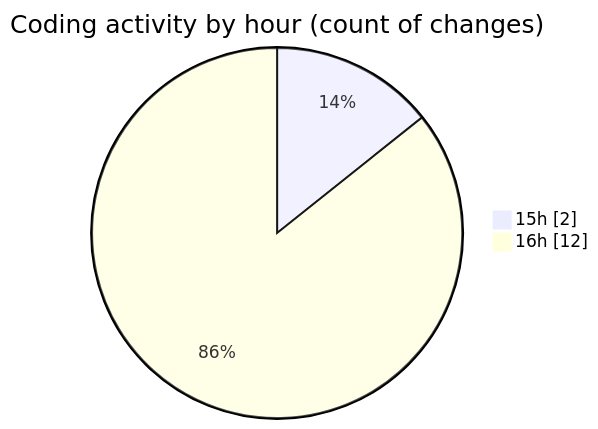
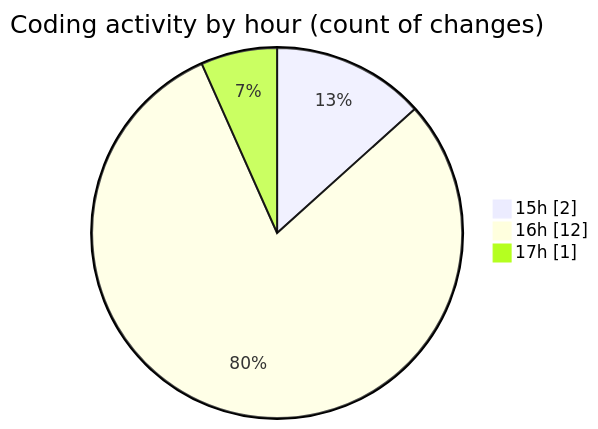
Before and after one commit to donsfak/code-tracking: the second of 2 diagrams in 2025-10-19/weather_insights_app/README.md, drawn with Mermaid. The commit also changed other lines of this file and 1 other file, not shown here.

````diff
--- a/2025-10-19/weather_insights_app/README.md
+++ b/2025-10-19/weather_insights_app/README.md
@@ -36,6 +38,7 @@
 ```mermaid
 pie showData
 title Coding activity by hour (count of changes)
 "15h" : 2
 "16h" : 12
+"17h" : 1
 ```
````
